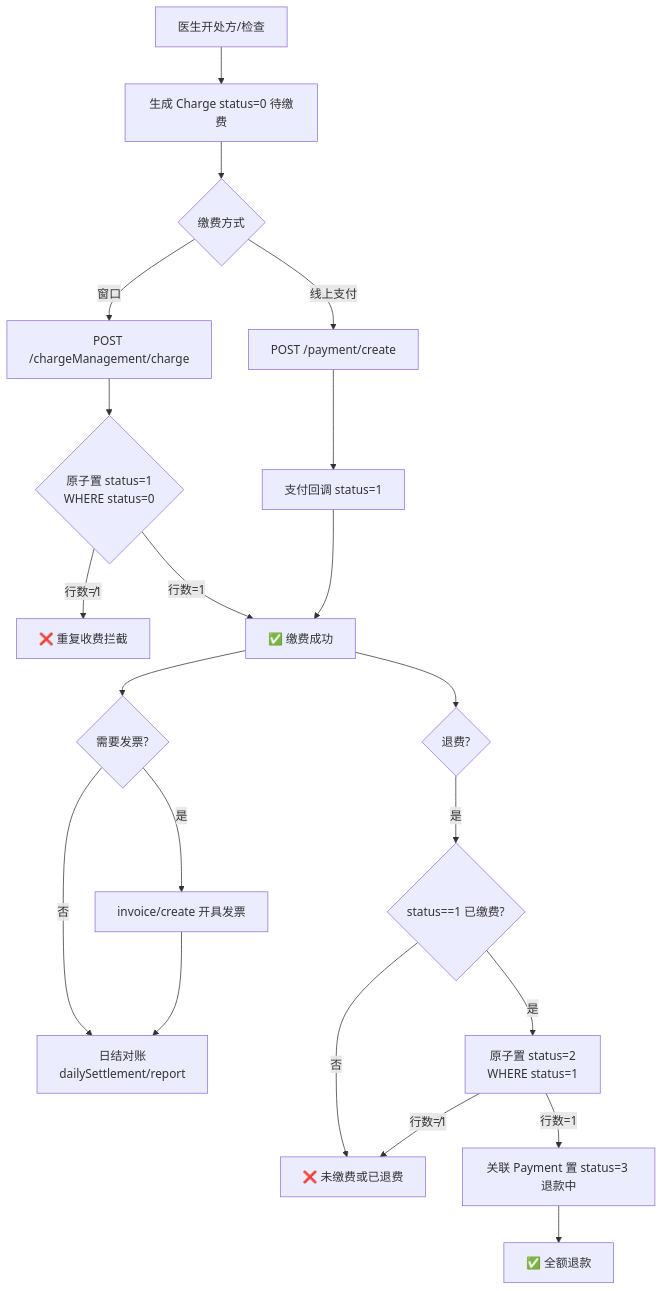
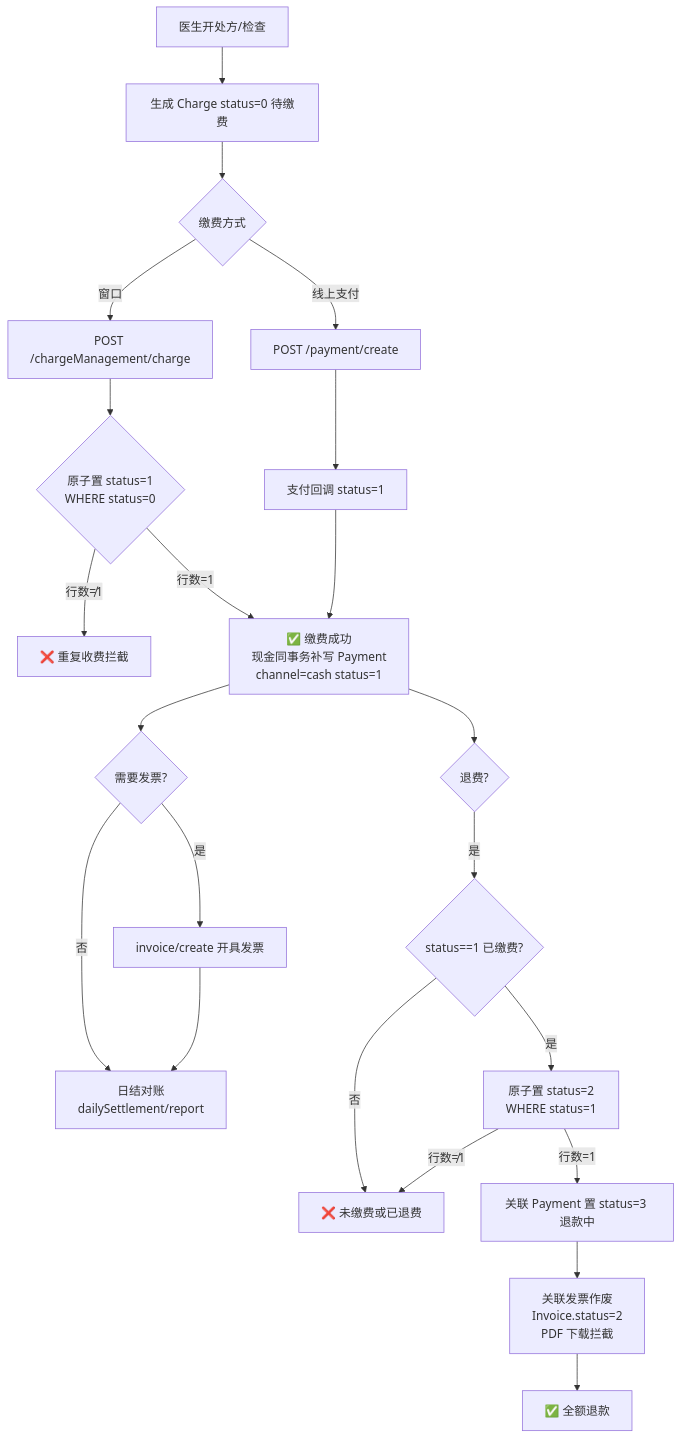
The sixth of 7 diagrams in doc/flowcharts/01-门诊挂号就诊.md (Palpitate-xus/hoimsystem), drawn with Mermaid before and after one commit. The commit also changed other lines of this file and 3 other files, not shown here.

First line of the commit message:
docs(flowcharts): reflect second-round audit fixes in business flow diagrams

````diff
--- a/doc/flowcharts/01-门诊挂号就诊.md
+++ b/doc/flowcharts/01-门诊挂号就诊.md
@@ -114,23 +114,24 @@
 ```mermaid
 flowchart TD
     A[医生开处方/检查] --> B[生成 Charge status=0 待缴费]
     B --> C{缴费方式}
     C -- 窗口 --> D[POST /chargeManagement/charge]
     C -- 线上支付 --> E[POST /payment/create]
     E --> F[支付回调 status=1]
     D --> G{原子置 status=1<br/>WHERE status=0}
     G -- 行数≠1 --> H[❌ 重复收费拦截]
-    G -- 行数=1 --> I[✅ 缴费成功]
+    G -- 行数=1 --> I[✅ 缴费成功<br/>现金同事务补写 Payment<br/>channel=cash status=1]
     F --> I
     I --> J{需要发票?}
     J -- 是 --> K[invoice/create 开具发票]
     J -- 否 --> L[日结对账<br/>dailySettlement/report]
     K --> L
     I --> M{退费?}
     M -- 是 --> N{status==1 已缴费?}
     N -- 否 --> O[❌ 未缴费或已退费]
     N -- 是 --> P[原子置 status=2<br/>WHERE status=1]
     P -- 行数≠1 --> O
     P -- 行数=1 --> Q[关联 Payment 置 status=3 退款中]
-    Q --> R[✅ 全额退款]
+    Q --> Q2[关联发票作废<br/>Invoice.status=2<br/>PDF 下载拦截]
+    Q2 --> R[✅ 全额退款]
 ```
````
